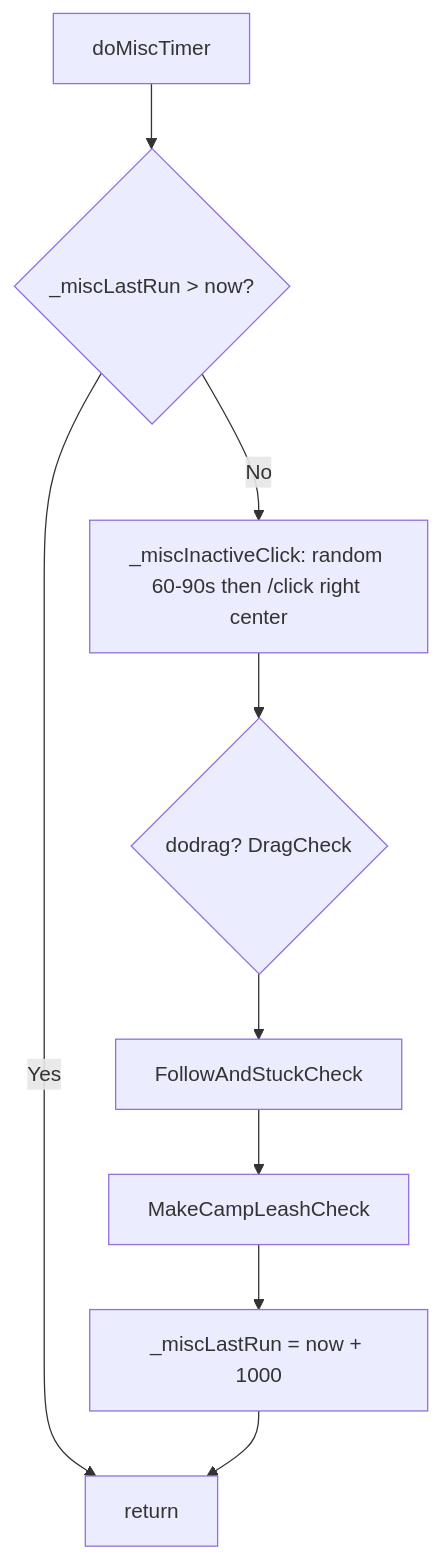
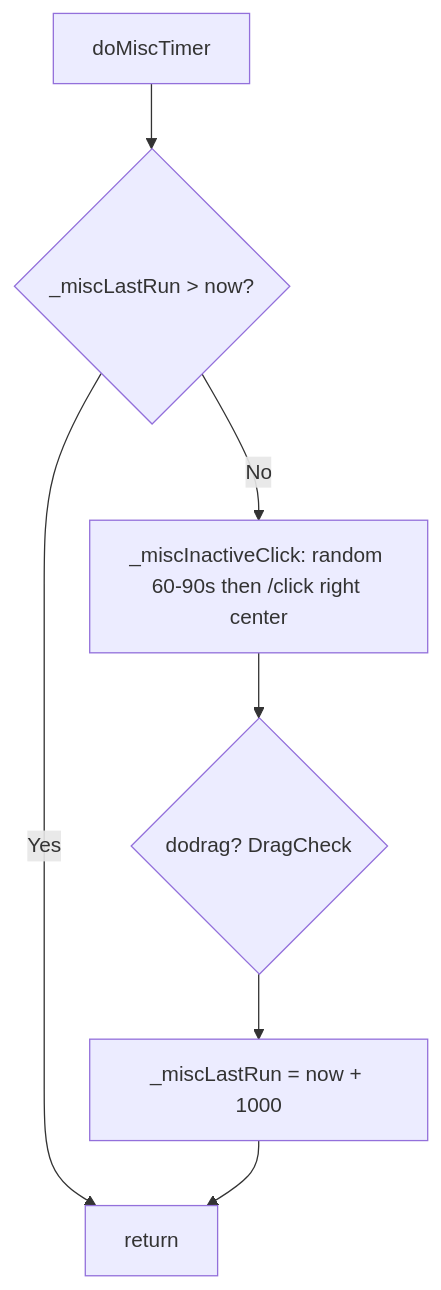
Before and after one commit to Cezero/czbot: the diagram in docs/botlogic/hook-domisctimer.md, drawn with Mermaid. The commit also changed other lines of this file and 12 other files, not shown here.

````diff
--- a/docs/botlogic/hook-domisctimer.md
+++ b/docs/botlogic/hook-domisctimer.md
@@ -10,11 +10,9 @@
 ```mermaid
 flowchart TB
     Start[doMiscTimer] --> Throttle{_miscLastRun > now?}
     Throttle -->|Yes| End[return]
     Throttle -->|No| Inactive[_miscInactiveClick: random 60-90s then /click right center]
     Inactive --> Drag{dodrag? DragCheck}
-    Drag --> Follow[FollowAndStuckCheck]
-    Follow --> Camp[MakeCampLeashCheck]
-    Camp --> SetLast[_miscLastRun = now + 1000]
+    Drag --> SetLast[_miscLastRun = now + 1000]
     SetLast --> End
 ```
````
